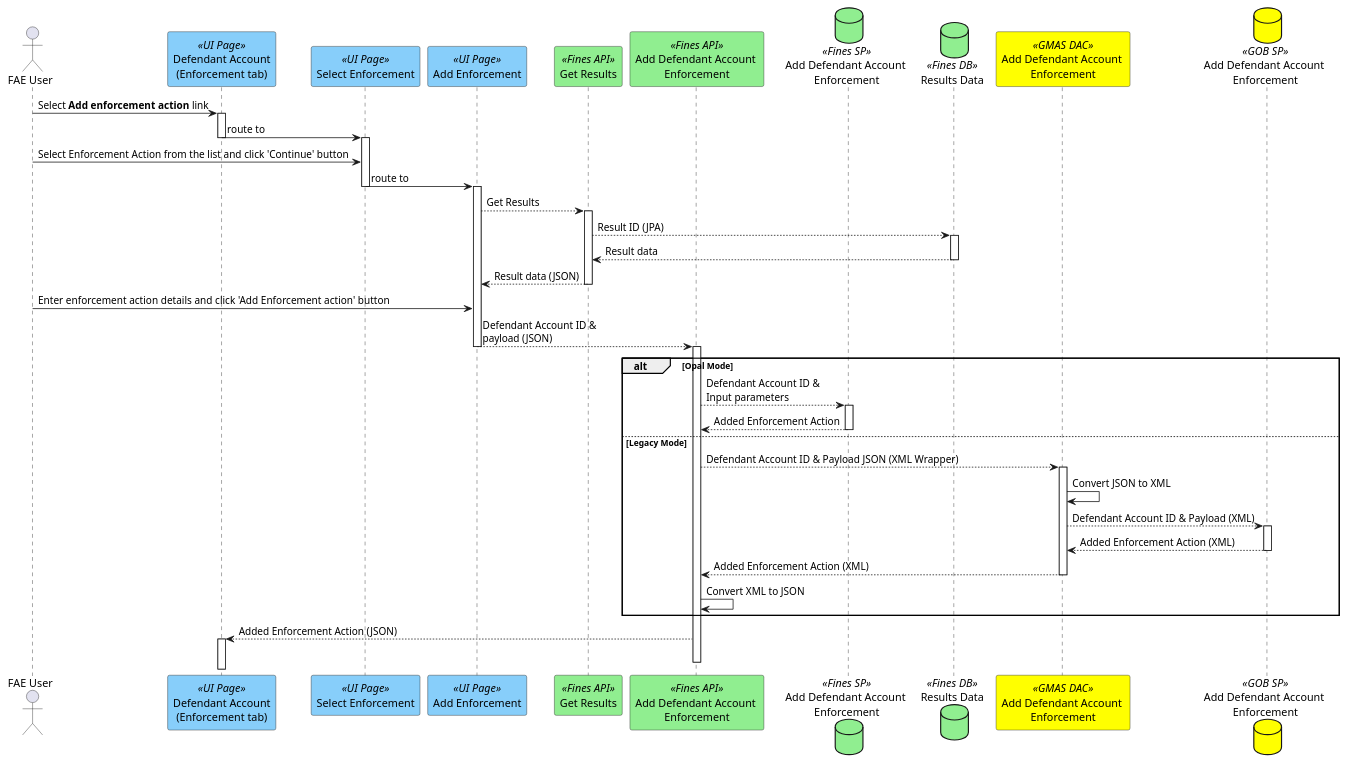
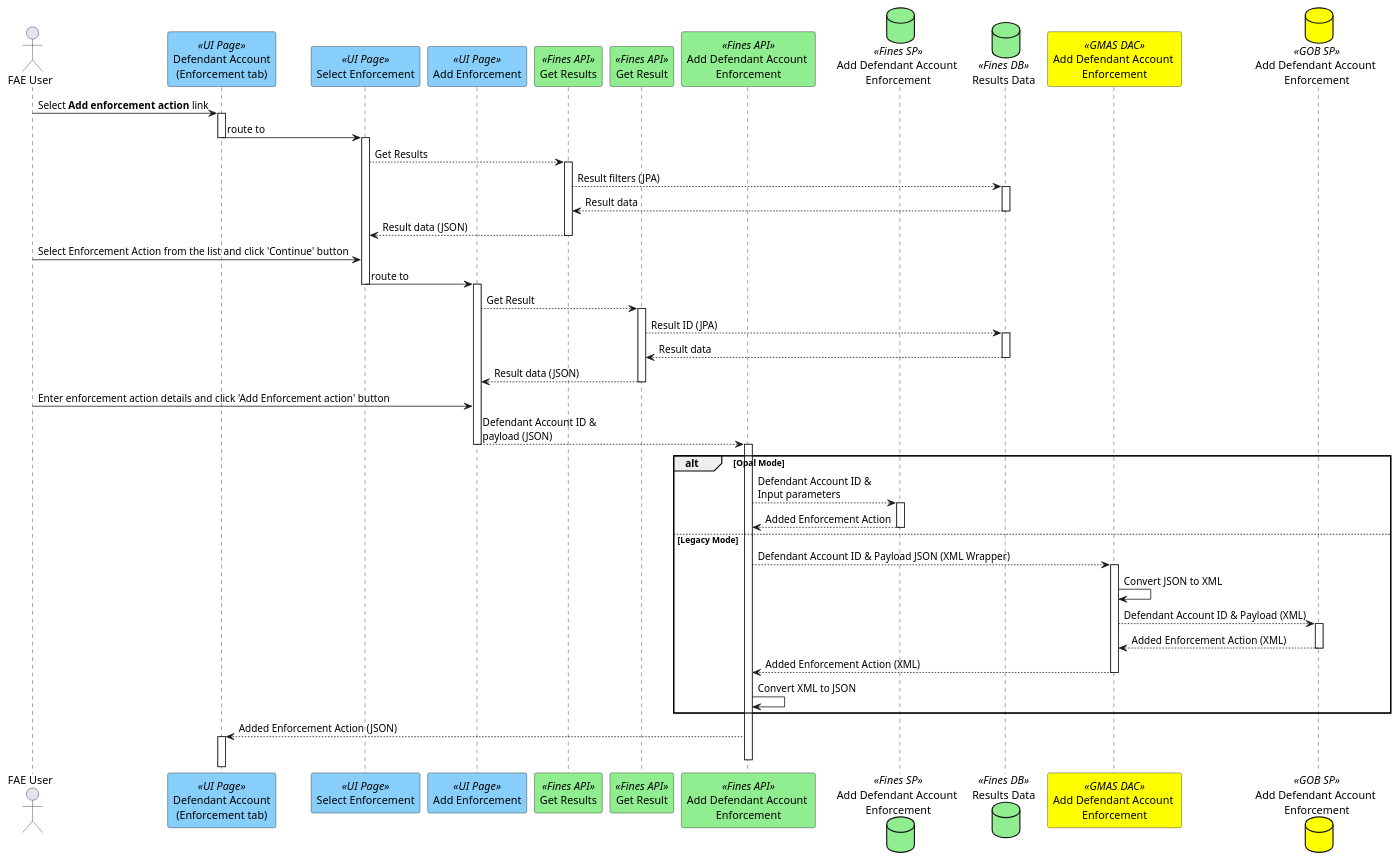
One commit to hmcts/opal-docs changed the diagram in plantUML/fae-enforcement/fae-enforcement-tab-add-action.puml. Above: the diagram before and after it, drawn with PlantUML.

Commit message:
enforcement add actions

```diff
--- a/plantUML/fae-enforcement/fae-enforcement-tab-add-action.puml
+++ b/plantUML/fae-enforcement/fae-enforcement-tab-add-action.puml
@@ -1,34 +1,39 @@
 @startuml
 actor "FAE User" as user
 participant "Defendant Account\n(Enforcement tab)" as page <<UI Page>> #lightskyblue
 participant "Select Enforcement" as enfpage <<UI Page>> #lightskyblue
 participant "Add Enforcement" as enfdetpage <<UI Page>> #lightskyblue
 participant "Get Results" as resapi <<Fines API>> #lightgreen
+participant "Get Result" as reapi <<Fines API>> #lightgreen
 participant "Add Defendant Account \nEnforcement" as nextenfapi <<Fines API>> #lightgreen
 database "Add Defendant Account \nEnforcement" as nextenfsp <<Fines SP>>  #lightgreen
 database "Results Data" as resdb <<Fines DB>>  #lightgreen
 participant "Add Defendant Account \nEnforcement" as gmasdac <<GMAS DAC>> #yellow
 database "Add Defendant Account \nEnforcement" as gobdb <<GOB SP>> #yellow
 user -> page ++: Select <b>Add enforcement action</b> link
 page -> enfpage --++: route to
+enfpage --> resapi ++: Get Results
+resapi --> resdb ++ : Result filters (JPA)
+resapi <-- resdb --: Result data
+resapi --> enfpage --: Result data (JSON)
 user -> enfpage : Select Enforcement Action from the list and click 'Continue' button
 enfpage -> enfdetpage --++: route to
-enfdetpage --> resapi ++: Get Results
-resapi --> resdb ++ : Result ID (JPA)
-resapi <-- resdb --: Result data
-resapi --> enfdetpage --: Result data (JSON)
+enfdetpage --> reapi ++: Get Result
+reapi --> resdb ++ : Result ID (JPA)
+reapi <-- resdb --: Result data
+reapi --> enfdetpage --: Result data (JSON)
 user -> enfdetpage : Enter enforcement action details and click 'Add Enforcement action' button
 enfdetpage --> nextenfapi --++: Defendant Account ID & \npayload (JSON)
 alt Opal Mode
 nextenfapi --> nextenfsp ++: Defendant Account ID & \nInput parameters
 nextenfapi <-- nextenfsp --: Added Enforcement Action
 else Legacy Mode
 nextenfapi --> gmasdac ++: Defendant Account ID & Payload JSON (XML Wrapper)
 gmasdac -> gmasdac: Convert JSON to XML
 gmasdac --> gobdb ++: Defendant Account ID & Payload (XML)
 gobdb --> gmasdac --: Added Enforcement Action (XML)
 gmasdac --> nextenfapi --: Added Enforcement Action (XML)
 nextenfapi -> nextenfapi: Convert XML to JSON
 end
 page <-- nextenfapi ++--: Added Enforcement Action (JSON)
 @enduml
```
